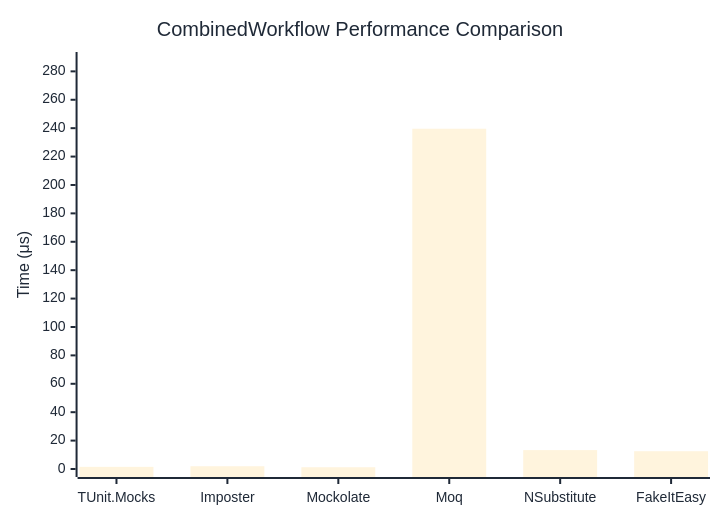
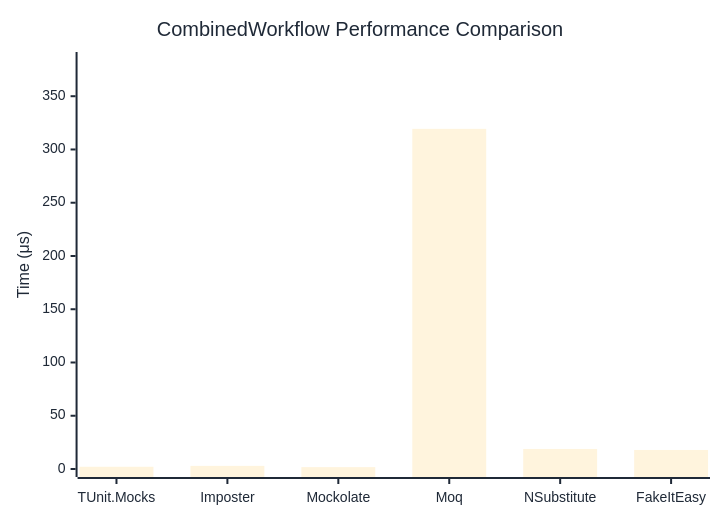
Before and after one commit to thomhurst/TUnit: the diagram in docs/docs/benchmarks/mocks/CombinedWorkflow.md, drawn with Mermaid. The commit also changed other lines of this file and 14 other files, not shown here.

````diff
--- a/docs/docs/benchmarks/mocks/CombinedWorkflow.md
+++ b/docs/docs/benchmarks/mocks/CombinedWorkflow.md
@@ -30,27 +30,27 @@
 ```mermaid
 %%{init: {
   'theme':'base',
   'themeVariables': {
     'primaryColor': '#2563eb',
     'primaryTextColor': '#1f2937',
     'primaryBorderColor': '#1e40af',
     'lineColor': '#6b7280',
     'secondaryColor': '#7c3aed',
     'tertiaryColor': '#dc2626',
     'background': '#ffffff',
     'pie1': '#2563eb',
     'pie2': '#7c3aed',
     'pie3': '#dc2626',
     'pie4': '#f59e0b',
     'pie5': '#10b981',
     'pie6': '#06b6d4',
     'pie7': '#ec4899',
     'pie8': '#6366f1'
   }
 }}%%
 xychart-beta
   title "CombinedWorkflow Performance Comparison"
   x-axis ["TUnit.Mocks", "Imposter", "Mockolate", "Moq", "NSubstitute", "FakeItEasy"]
-  y-axis "Time (μs)" 0 --> 288
-  bar [1.516, 1.939, 1.239, 239.608, 13.3, 12.529]
+  y-axis "Time (μs)" 0 --> 384
+  bar [2.089, 2.931, 1.758, 319.354, 18.805, 17.885]
 ```
````
